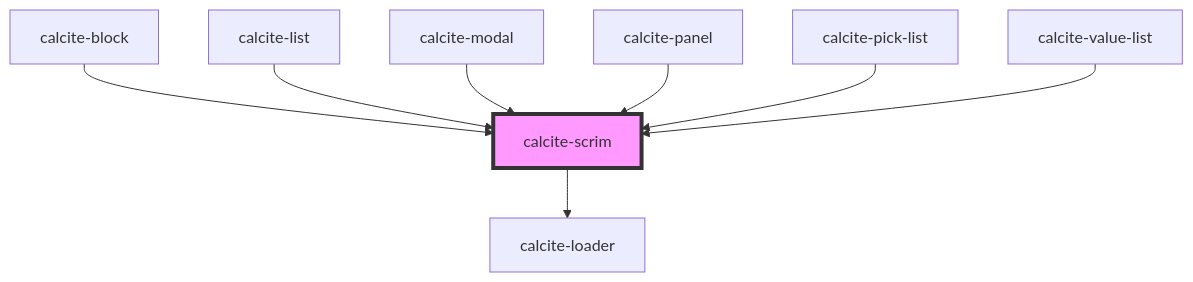
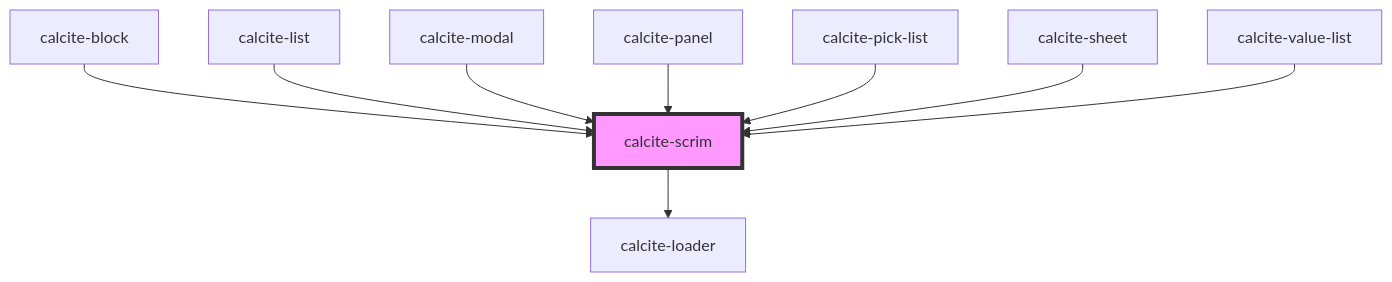
One commit to vikivakarvc/calcite-design-system changed the diagram in packages/calcite-components/src/components/scrim/readme.md. Above: the diagram before and after it, drawn with Mermaid. The commit also changed other lines of this file and 91 other files, not shown here.

````diff
--- a/packages/calcite-components/src/components/scrim/readme.md
+++ b/packages/calcite-components/src/components/scrim/readme.md
@@ -73,11 +74,12 @@
 ```mermaid
 graph TD;
   calcite-scrim --> calcite-loader
   calcite-block --> calcite-scrim
   calcite-list --> calcite-scrim
   calcite-modal --> calcite-scrim
   calcite-panel --> calcite-scrim
   calcite-pick-list --> calcite-scrim
+  calcite-sheet --> calcite-scrim
   calcite-value-list --> calcite-scrim
   style calcite-scrim fill:#f9f,stroke:#333,stroke-width:4px
 ```
````
